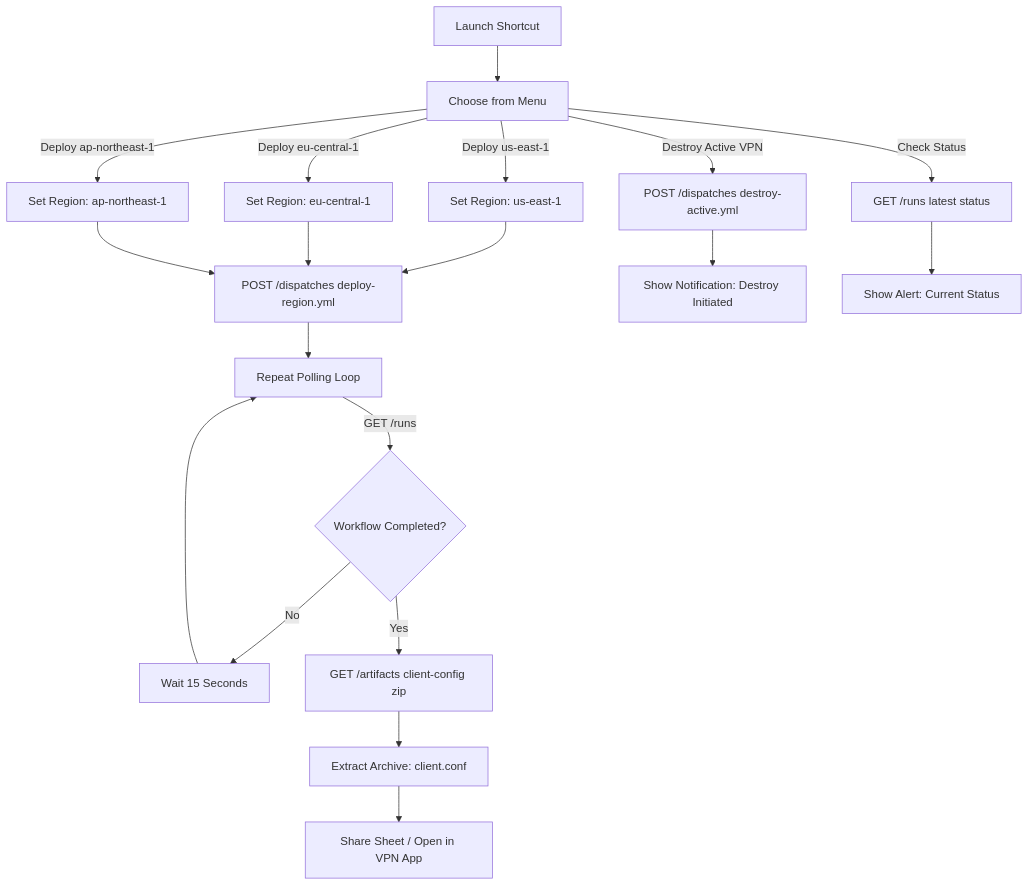
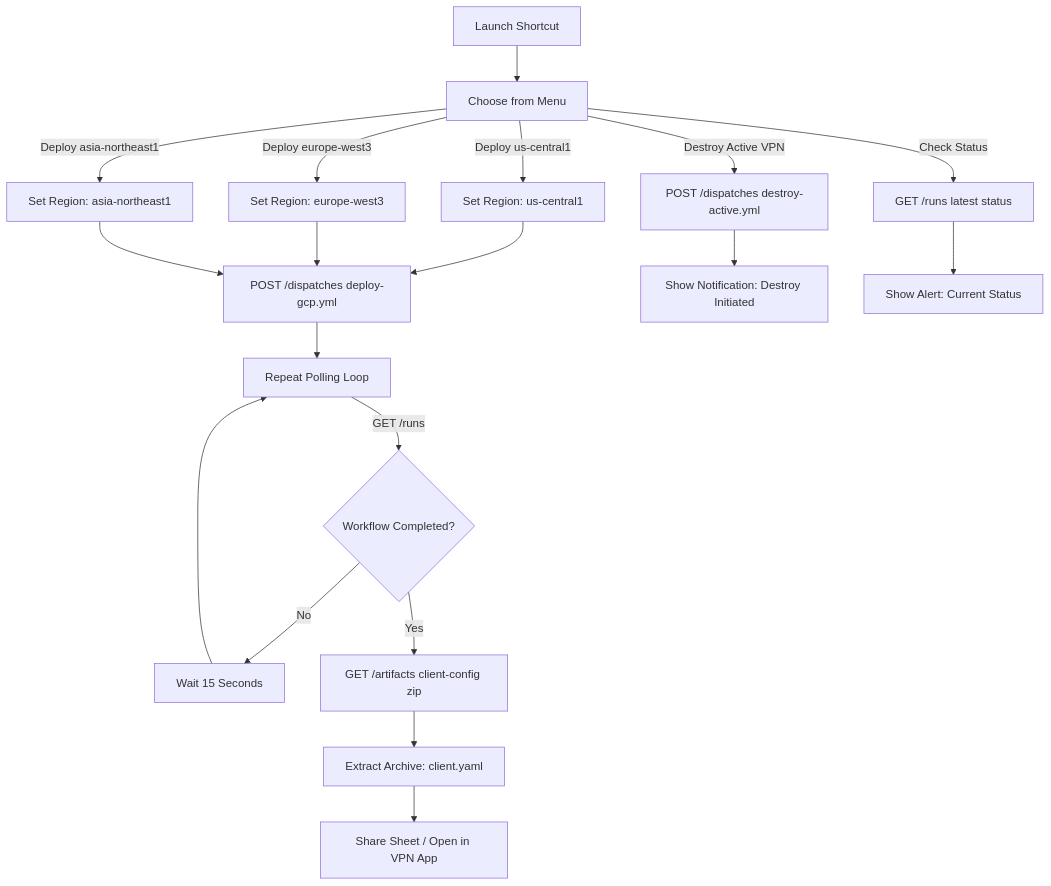
The diagram in control-plane-ios-shortcut/README.md (yahya-azeem/automated-disposable-vpn), drawn with Mermaid before and after one commit. The commit also changed other lines of this file and 2 other files, not shown here.

Commit message:
docs: update iOS Shortcut README and blueprint for GCP regions and DDNS integration

````diff
--- a/control-plane-ios-shortcut/README.md
+++ b/control-plane-ios-shortcut/README.md
@@ -9,23 +9,23 @@
 ```mermaid
 graph TD
     A[Launch Shortcut] --> B[Choose from Menu]
-    B -->|Deploy us-east-1| C[Set Region: us-east-1]
-    B -->|Deploy eu-central-1| D[Set Region: eu-central-1]
-    B -->|Deploy ap-northeast-1| E[Set Region: ap-northeast-1]
+    B -->|Deploy us-central1| C[Set Region: us-central1]
+    B -->|Deploy europe-west3| D[Set Region: europe-west3]
+    B -->|Deploy asia-northeast1| E[Set Region: asia-northeast1]
     B -->|Destroy Active VPN| F[POST /dispatches destroy-active.yml]
     B -->|Check Status| G[GET /runs latest status]
 
-    C --> H[POST /dispatches deploy-region.yml]
+    C --> H[POST /dispatches deploy-gcp.yml]
     D --> H
     E --> H
 
     H --> I[Repeat Polling Loop]
     I -->|GET /runs| J{Workflow Completed?}
     J -->|No| K[Wait 15 Seconds] --> I
     J -->|Yes| L[GET /artifacts client-config zip]
 
-    L --> M[Extract Archive: client.conf]
+    L --> M[Extract Archive: client.yaml]
     M --> N[Share Sheet / Open in VPN App]
     F --> O[Show Notification: Destroy Initiated]
     G --> P[Show Alert: Current Status]
 ```
````
